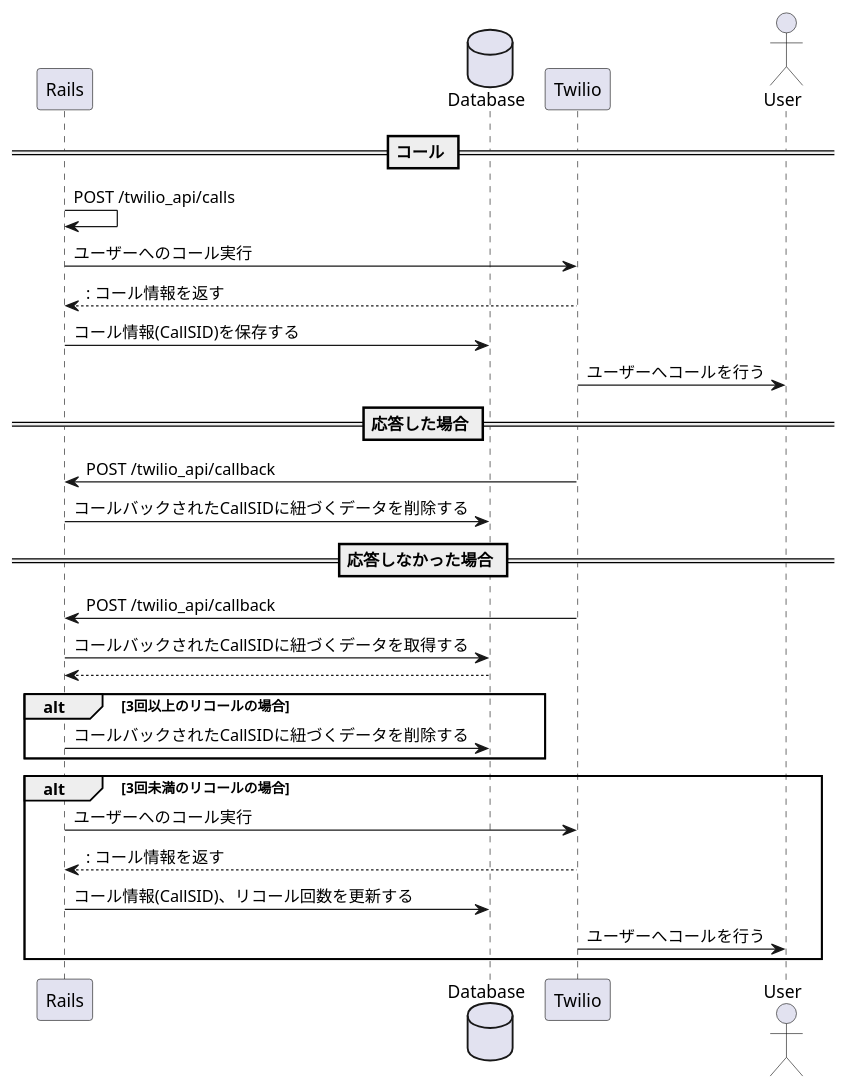
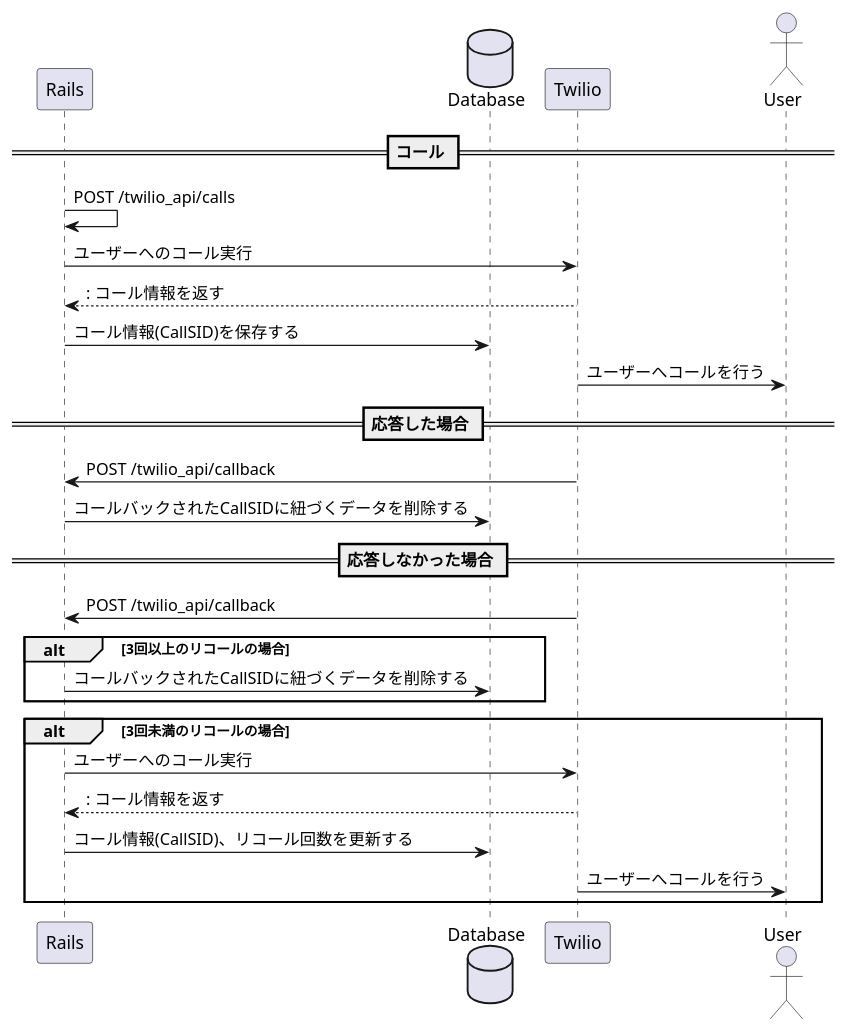
Before and after one commit to n04h/zenn: the diagram in plantuml/twilio_recall_with_rails.md, drawn with PlantUML. The commit also changed other lines of this file and 1 other file, not shown here.

Commit message:
fix: 実際に行っていないフローの修正

````diff
--- a/plantuml/twilio_recall_with_rails.md
+++ b/plantuml/twilio_recall_with_rails.md
@@ -5,43 +5,41 @@
 ```plantuml
 @startuml
 participant Rails as rails
 database    Database as db
 participant Twilio as twilio
 actor User as user
 
 == コール ==
 
 rails -> rails: POST /twilio_api/calls
 rails -> twilio: ユーザーへのコール実行
 return: コール情報を返す
 
 rails -> db: コール情報(CallSID)を保存する
 
 twilio -> user: ユーザーへコールを行う
 
 == 応答した場合 ==
 
 twilio -> rails: POST /twilio_api/callback
 rails -> db: コールバックされたCallSIDに紐づくデータを削除する
 
 == 応答しなかった場合 ==
 
 twilio -> rails: POST /twilio_api/callback
-rails -> db: コールバックされたCallSIDに紐づくデータを取得する
-return
 
 alt 3回以上のリコールの場合
   rails -> db: コールバックされたCallSIDに紐づくデータを削除する
 end
 
 alt 3回未満のリコールの場合
   rails -> twilio: ユーザーへのコール実行
   return: コール情報を返す
 
   rails -> db: コール情報(CallSID)、リコール回数を更新する
 
   twilio -> user: ユーザーへコールを行う
 end
 
 @enduml
 ```
````
